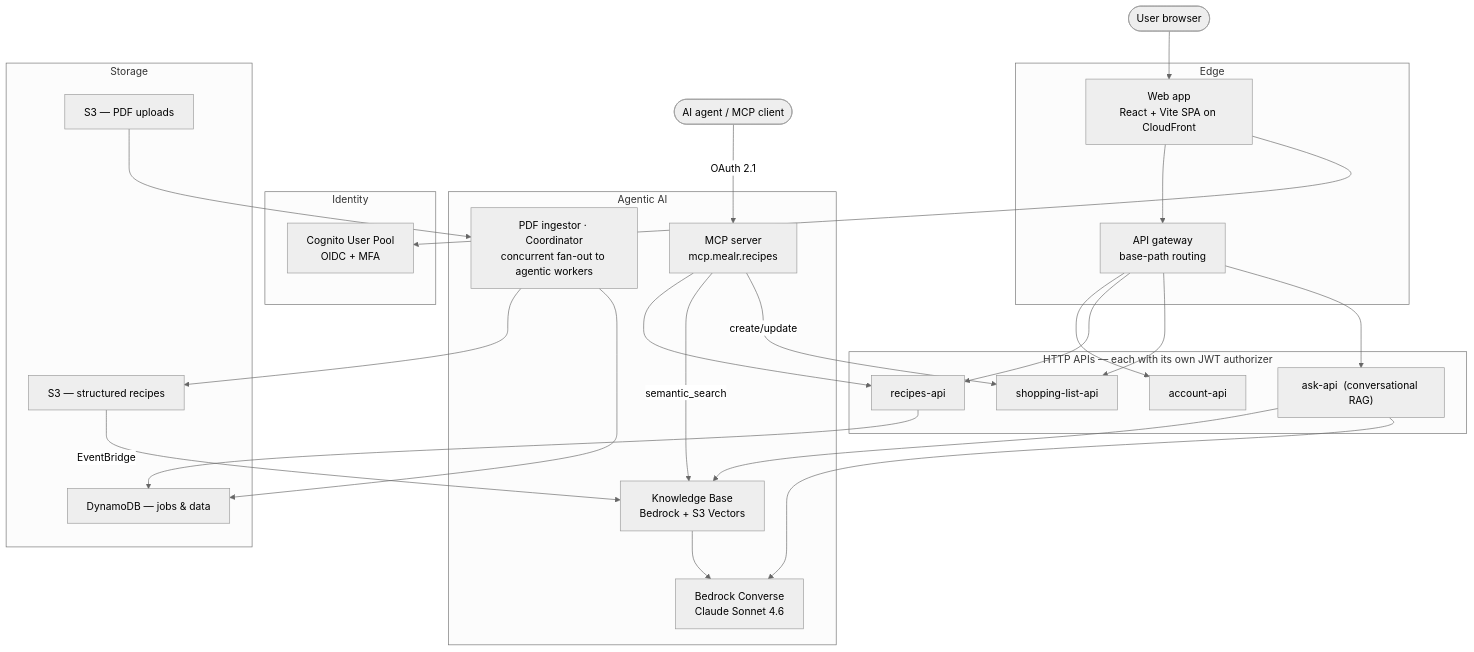
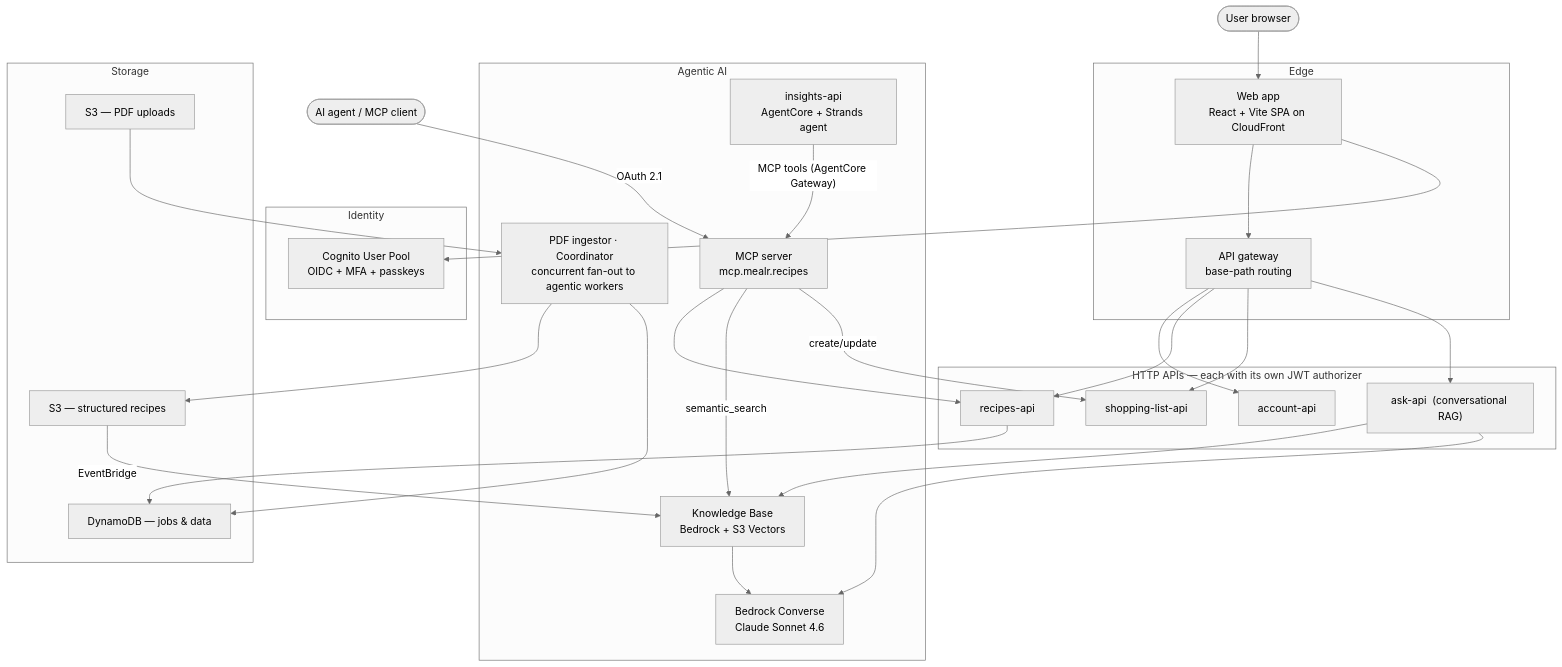
One commit to dbryant4/mealr-case-study changed the diagram in README.md. Above: the diagram before and after it, drawn with Mermaid (neutral theme). The commit also changed other lines of this file and 3 other files, not shown here.

Commit message:
v1.6.0 — add insights service (AgentCore + Strands agent over own MCP tools); passkeys; 9->10 services

````diff
--- a/README.md
+++ b/README.md
@@ -74,49 +81,51 @@
 ```mermaid
 flowchart TB
   user(["User browser"])
 
   subgraph edge ["Edge"]
     web["Web app<br/>React + Vite SPA on CloudFront"]
     gw["API gateway<br/>base-path routing"]
   end
 
   subgraph identity ["Identity"]
-    cognito["Cognito User Pool<br/>OIDC + MFA"]
+    cognito["Cognito User Pool<br/>OIDC + MFA + passkeys"]
   end
 
   subgraph apis ["HTTP APIs — each with its own JWT authorizer"]
     account["account-api"]
     recipes["recipes-api"]
     shopping["shopping-list-api"]
     ask["ask-api  (conversational RAG)"]
   end
 
   subgraph ai ["Agentic AI"]
     kb["Knowledge Base<br/>Bedrock + S3 Vectors"]
     bedrock["Bedrock Converse<br/>Claude Sonnet 4.6"]
     ingest["PDF ingestor · Coordinator<br/>concurrent fan-out to agentic workers"]
     mcp["MCP server<br/>mcp.mealr.recipes"]
+    insights["insights-api<br/>AgentCore + Strands agent"]
   end
 
   agent(["AI agent / MCP client"])
 
   subgraph data ["Storage"]
     s3in["S3 — PDF uploads"]
     s3out["S3 — structured recipes"]
     ddb["DynamoDB — jobs & data"]
   end
 
   user --> web --> gw
   web --> cognito
   gw --> account & recipes & shopping & ask
   s3in --> ingest --> s3out
   s3out -- EventBridge --> kb
   ask --> kb --> bedrock
   ask --> bedrock
   agent -- OAuth 2.1 --> mcp
   mcp --> recipes
   mcp -- semantic_search --> kb
   mcp -- create/update --> shopping
+  insights -- MCP tools (AgentCore Gateway) --> mcp
   recipes --> ddb
   ingest --> ddb
 ```
````
